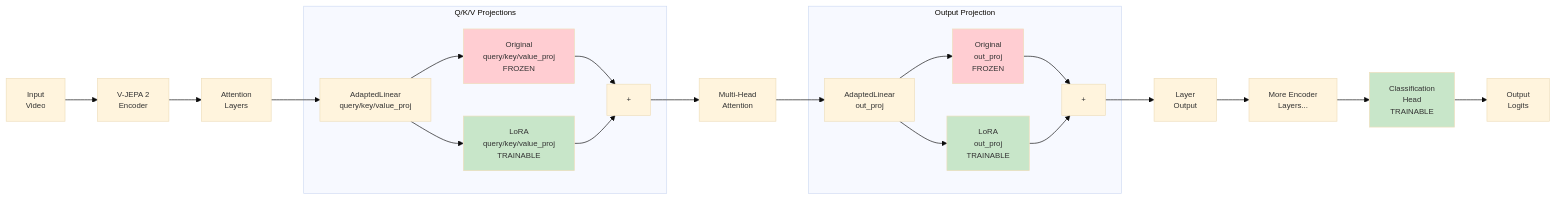
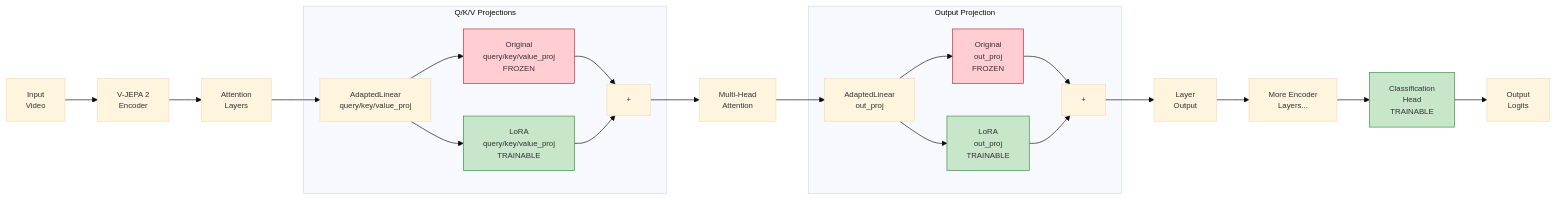
Before and after one commit to ZacCarrico/vjepa2: the fourth of 8 diagrams in docs/lora_architecture_diagrams.md, drawn with Mermaid. The commit also changed other lines of this file and 1 other file, not shown here.

````diff
--- a/docs/lora_architecture_diagrams.md
+++ b/docs/lora_architecture_diagrams.md
@@ -61,40 +61,40 @@
 ```mermaid
 %%{init: {'theme':'base', 'themeVariables': {'fontSize':'12px'}}}%%
 graph LR
     A[Input<br/>Video] --> B[V-JEPA 2<br/>Encoder]
     B --> C[Attention<br/>Layers]
 
     subgraph "Q/K/V Projections"
         D[AdaptedLinear<br/>query/key/value_proj]
         D1[Original<br/>query/key/value_proj<br/>FROZEN]
         D2[LoRA<br/>query/key/value_proj<br/>TRAINABLE]
         D --> D1
         D --> D2
         D1 --> D3[+]
         D2 --> D3
     end
 
     subgraph "Output Projection"
         G[AdaptedLinear<br/>out_proj]
         G1[Original<br/>out_proj<br/>FROZEN]
         G2[LoRA<br/>out_proj<br/>TRAINABLE]
         G --> G1
         G --> G2
         G1 --> G3[+]
         G2 --> G3
     end
 
     C --> D
     D3 --> H[Multi-Head<br/>Attention]
     H --> G
     G3 --> I[Layer<br/>Output]
     I --> J[More Encoder<br/>Layers...]
     J --> K[Classification<br/>Head<br/>TRAINABLE]
     K --> L[Output<br/>Logits]
 
-    style D1 fill:#ffcdd2
-    style G1 fill:#ffcdd2
-    style D2 fill:#c8e6c9
-    style G2 fill:#c8e6c9
-    style K fill:#c8e6c9
+    style D1 fill:#ffcdd2,stroke:#c62828
+    style G1 fill:#ffcdd2,stroke:#c62828
+    style D2 fill:#c8e6c9,stroke:#388e3c
+    style G2 fill:#c8e6c9,stroke:#388e3c
+    style K fill:#c8e6c9,stroke:#388e3c
 ```
````
